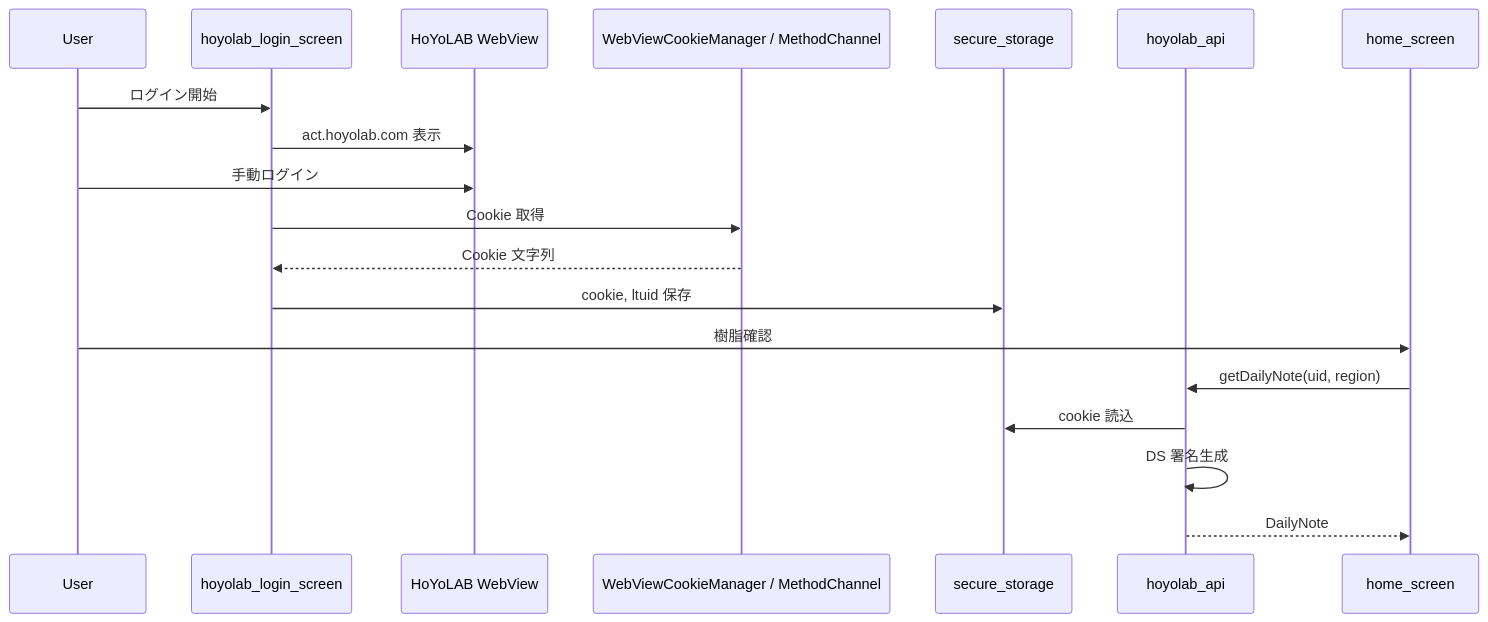
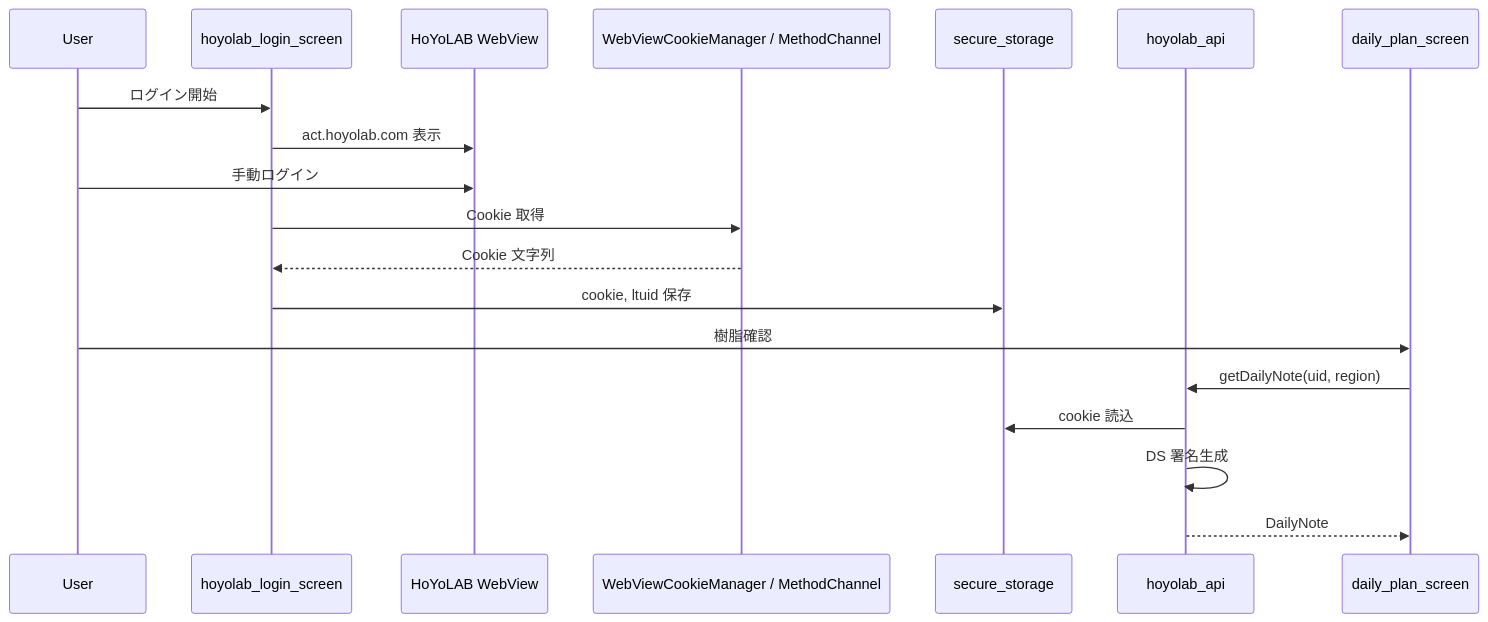
Before and after one commit to ois-T-I-08/cursor-project: the second of 3 diagrams in genshin-builder-mobile/ARCHITECTURE.md, drawn with Mermaid. The commit also changed other lines of this file and 21 other files, not shown here.

````diff
--- a/genshin-builder-mobile/ARCHITECTURE.md
+++ b/genshin-builder-mobile/ARCHITECTURE.md
@@ -171,22 +172,22 @@
 ```mermaid
 sequenceDiagram
   participant User
   participant LoginUI as hoyolab_login_screen
   participant WebView as HoYoLAB WebView
   participant Cookie as WebViewCookieManager / MethodChannel
   participant Secure as secure_storage
   participant API as hoyolab_api
-  participant Home as home_screen
+  participant Today as daily_plan_screen
 
   User->>LoginUI: ログイン開始
   LoginUI->>WebView: act.hoyolab.com 表示
   User->>WebView: 手動ログイン
   LoginUI->>Cookie: Cookie 取得
   Cookie-->>LoginUI: Cookie 文字列
   LoginUI->>Secure: cookie, ltuid 保存
-  User->>Home: 樹脂確認
-  Home->>API: getDailyNote(uid, region)
+  User->>Today: 樹脂確認
+  Today->>API: getDailyNote(uid, region)
   API->>Secure: cookie 読込
   API->>API: DS 署名生成
-  API-->>Home: DailyNote
+  API-->>Today: DailyNote
 ```
````
